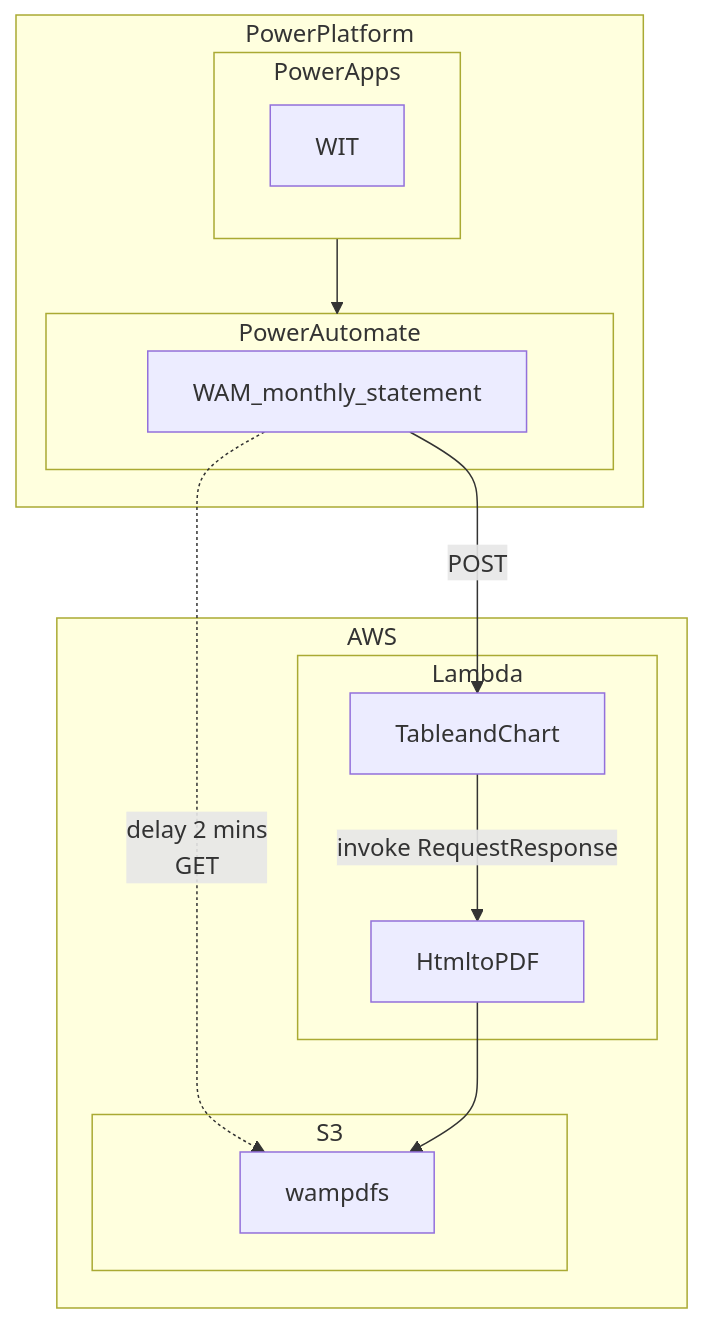
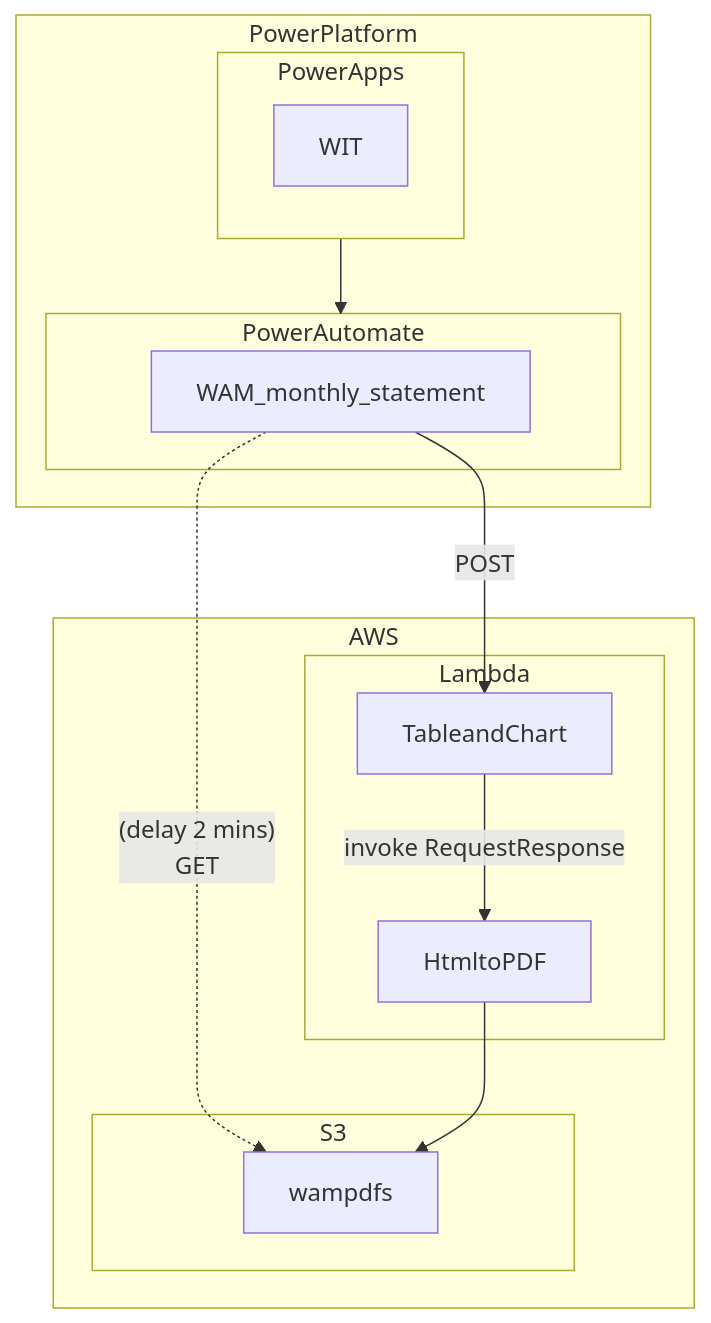
Before and after one commit to chienhsiang-hung/blog: the diagram in content/posts/2023/draft - aws making consolidated report/index.md, drawn with Mermaid. The commit also changed other lines of this file, not shown here.

```diff
--- a/content/posts/2023/draft - aws making consolidated report/index.md
+++ b/content/posts/2023/draft - aws making consolidated report/index.md
@@ -15,25 +15,25 @@
 {{< mermaid >}}
 flowchart TD
   subgraph PowerPlatform
     subgraph PowerApps
       WIT
     end
     PowerApps --> PowerAutomate
     subgraph PowerAutomate
       WAM_monthly_statement
     end
   end
   
   WAM_monthly_statement -- "POST" --> TableandChart
-  WAM_monthly_statement -. "delay 2 mins <br>GET" .-> wampdfs
+  WAM_monthly_statement -. "(delay 2 mins) <br>GET" .-> wampdfs
 
   subgraph AWS
     subgraph Lambda
       TableandChart -- "invoke RequestResponse" --> HtmltoPDF
     end
     HtmltoPDF --> wampdfs
     subgraph S3
       wampdfs
     end
   end
 {{< /mermaid >}}
```
